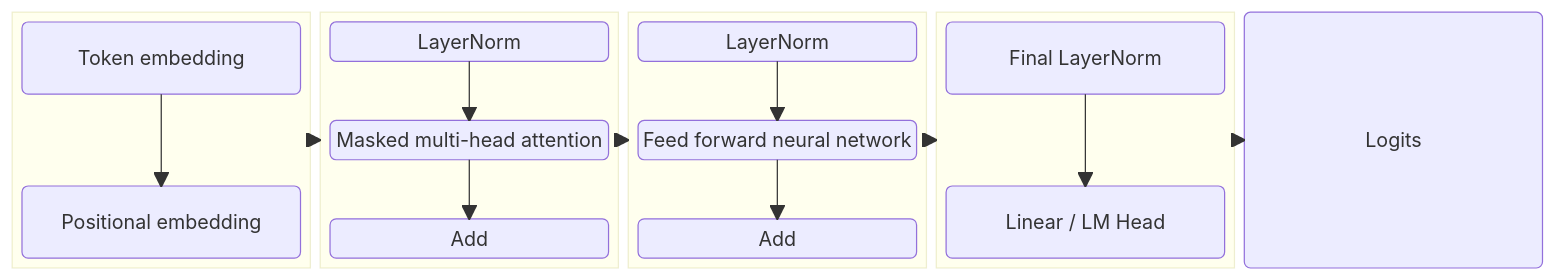
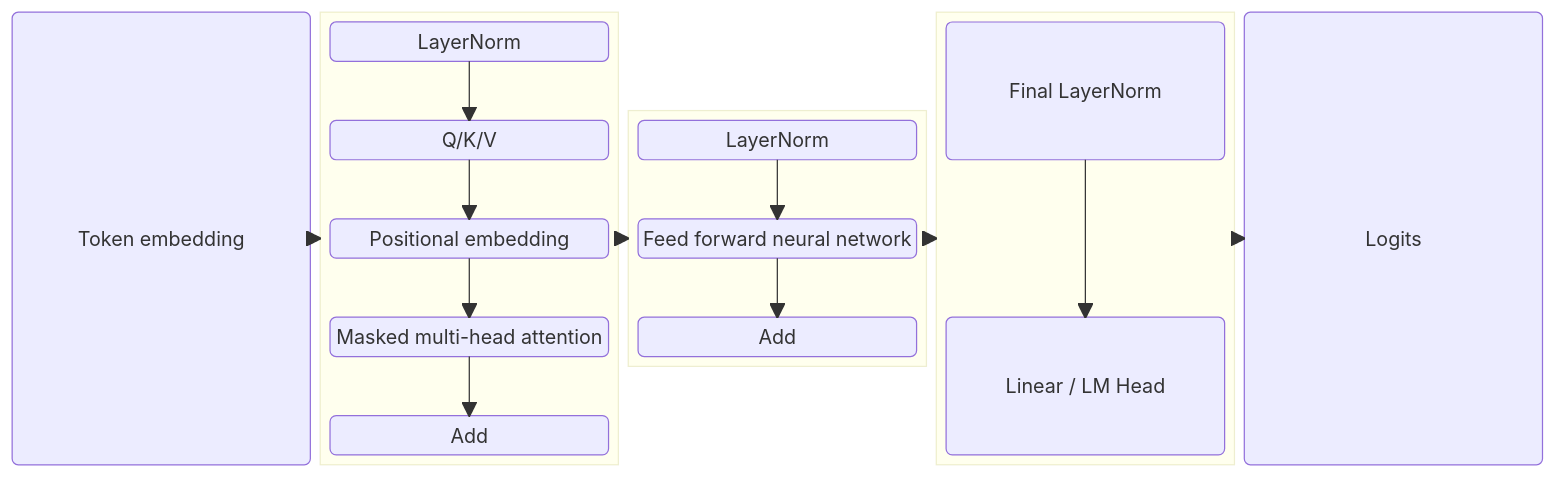
Diagram 19 of 21 in index.md (ChrisZhu2050/chriszhu2050.github.io), drawn with Mermaid before and after one commit. The commit also changed other lines of this file, not shown here.

````diff
--- a/index.md
+++ b/index.md
@@ -532,43 +532,45 @@
       ```mermaid
           block
           columns 5
-          block:group1:1
-            columns 1
-            a("Token embedding") space
-            b("Positional embedding")
+
+            a("Token embedding")
             
-          end
+
           block:group2:1
             columns 1
             c1("LayerNorm") space
+            b1("Q/K/V") space
+            b("Positional embedding") space
             c2("Masked multi-head attention") space
             c3("Add")
           end
           block:group3:1
             columns 1
             d("LayerNorm") space
             e("Feed forward neural network") space
             h("Add")
           end
           block:group4:1
             columns 1
             f("Final LayerNorm") space
             g("Linear / LM Head")
 
           end
           
             z("Logits")
           
-          a --> b
-          c1 --> c2
+
+          c1 --> b1
+          b1 --> b
+          b --> c2
           c2 --> c3
           d --> e
           e --> h
           f --> g
 
-          group1 --> group2
+          a --> group2
           group2 --> group3
           group3 --> group4
           group4 --> z
 
-      ```
+      ```  
````
